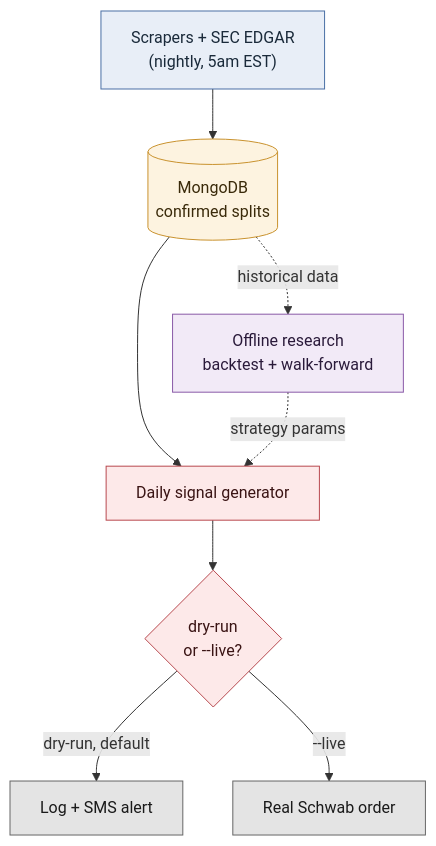
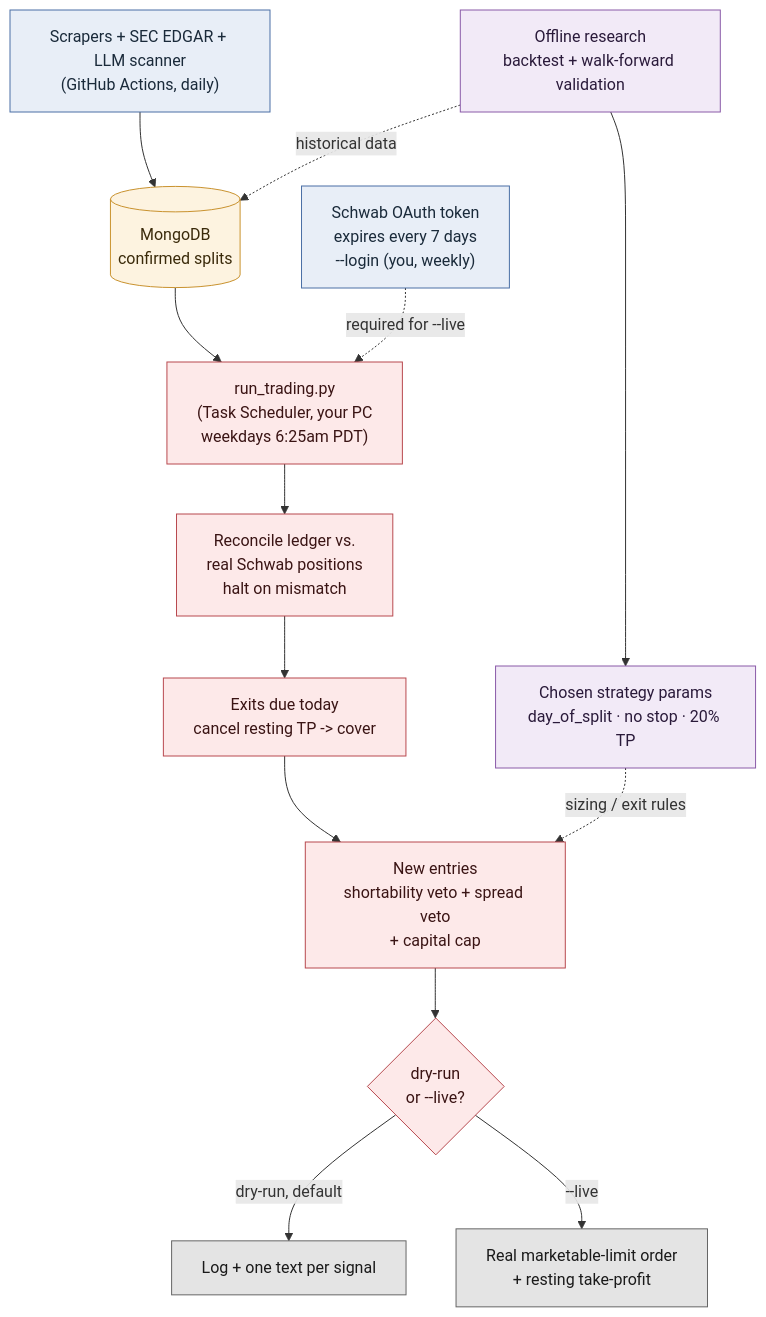
Before and after one commit to anthony-lamelas/reverse-split-strategy: the diagram in docs/ARCHITECTURE.md, drawn with Mermaid. The commit also changed other lines of this file, not shown here.

First line of the commit message:
Update architecture diagram for the live-trading rebuild

````diff
--- a/docs/ARCHITECTURE.md
+++ b/docs/ARCHITECTURE.md
@@ -6,23 +7,33 @@
 ```mermaid
 flowchart TD
     classDef source fill:#e8eef7,stroke:#4a6fa5,color:#1a2a3a
     classDef storage fill:#fdf3e0,stroke:#c9922e,color:#3a2a0a
     classDef research fill:#f2eaf7,stroke:#8a5aa8,color:#2a1a3a
     classDef live fill:#fde9e9,stroke:#b8494f,color:#3a1414
     classDef terminal fill:#e4e4e4,stroke:#666,color:#1a1a1a
 
-    A["Scrapers + SEC EDGAR<br/>(nightly, 5am EST)"]:::source
+    A["Scrapers + SEC EDGAR + LLM scanner<br/>(GitHub Actions, daily)"]:::source
     B[("MongoDB<br/>confirmed splits")]:::storage
-    C["Offline research<br/>backtest + walk-forward"]:::research
-    D["Daily signal generator"]:::live
-    E{"dry-run<br/>or --live?"}:::live
-    F["Log + SMS alert"]:::terminal
-    G["Real Schwab order"]:::terminal
+    C["Offline research<br/>backtest + walk-forward validation"]:::research
+    P["Chosen strategy params<br/>day_of_split · no stop · 20% TP"]:::research
 
-    A --> B --> D
-    C -. "strategy params" .-> D
-    B -. "historical data" .-> C
-    D --> E
-    E -->|dry-run, default| F
-    E -->|"--live"| G
+    T["run_trading.py<br/>(Task Scheduler, your PC<br/>weekdays 6:25am PDT)"]:::live
+    R["Reconcile ledger vs.<br/>real Schwab positions<br/>halt on mismatch"]:::live
+    X["Exits due today<br/>cancel resting TP -> cover"]:::live
+    N["New entries<br/>shortability veto + spread veto<br/>+ capital cap"]:::live
+    M{"dry-run<br/>or --live?"}:::live
+
+    LOG["Log + one text per signal"]:::terminal
+    ORD["Real marketable-limit order<br/>+ resting take-profit"]:::terminal
+    AUTH["Schwab OAuth token<br/>expires every 7 days<br/>--login (you, weekly)"]:::source
+
+    A --> B --> T
+    C -. "historical data" .-> B
+    C --> P -. "sizing / exit rules" .-> N
+
+    T --> R --> X --> N --> M
+    M -->|dry-run, default| LOG
+    M -->|"--live"| ORD
+
+    AUTH -. "required for --live" .-> T
 ```
````
